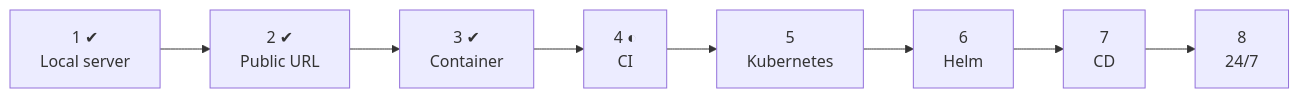
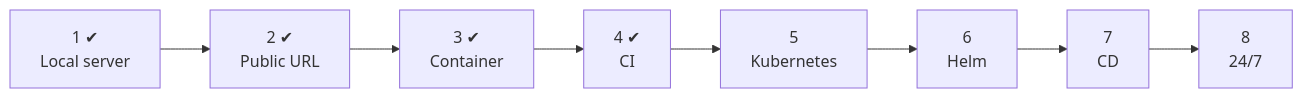
One commit to Bende-KBB/devops-lab changed the second of 3 diagrams in docs/pipeline.md. Above: the diagram before and after it, drawn with Mermaid. The commit also changed other lines of this file and 2 other files, not shown here.

````diff
--- a/docs/pipeline.md
+++ b/docs/pipeline.md
@@ -17,4 +17,4 @@
 ```mermaid
 flowchart LR
-    P1["1 ✔<br/>Local server"] --> P2["2 ✔<br/>Public URL"] --> P3["3 ✔<br/>Container"] --> P4["4 ◐<br/>CI"] --> P5["5<br/>Kubernetes"] --> P6["6<br/>Helm"] --> P7["7<br/>CD"] --> P8["8<br/>24/7"]
+    P1["1 ✔<br/>Local server"] --> P2["2 ✔<br/>Public URL"] --> P3["3 ✔<br/>Container"] --> P4["4 ✔<br/>CI"] --> P5["5<br/>Kubernetes"] --> P6["6<br/>Helm"] --> P7["7<br/>CD"] --> P8["8<br/>24/7"]
 ```
````
